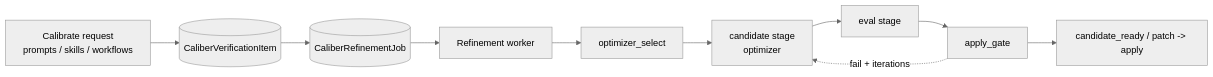
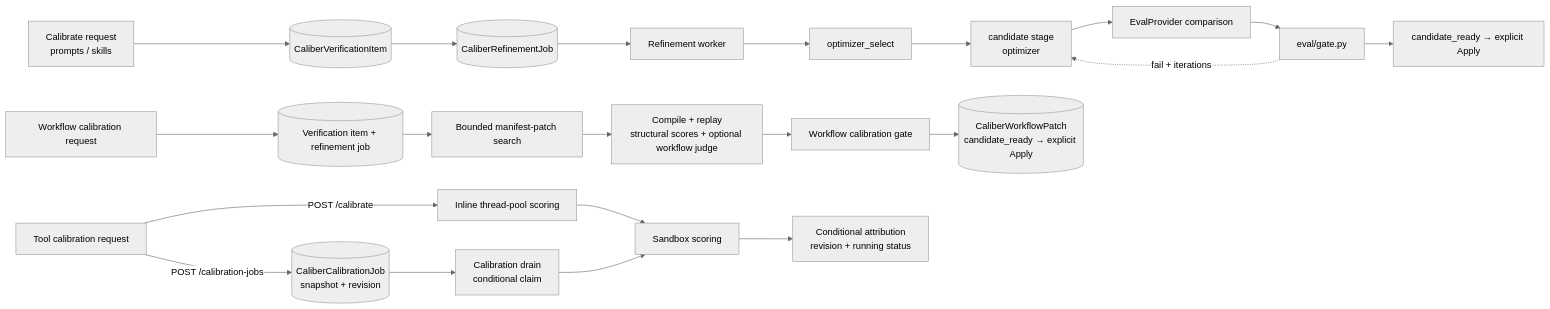
Before and after one commit to rrahimi-uci/caliber-suite: the first of 2 diagrams in docs-site/m-15-calibration.md, drawn with Mermaid (neutral theme). The commit also changed other lines of this file and 237 other files, not shown here.

````diff
--- a/docs-site/m-15-calibration.md
+++ b/docs-site/m-15-calibration.md
@@ -99,16 +103,35 @@
 ```mermaid
 flowchart LR
-    REQ[Calibrate request<br/>prompts / skills / workflows]:::ctrl
+    REQ[Calibrate request<br/>prompts / skills]:::ctrl
     VI[(CaliberVerificationItem)]:::store
     JOB[(CaliberRefinementJob)]:::store
     W[Refinement worker]:::async
     SEL[optimizer_select]:::ctrl
     CAND[candidate stage<br/>optimizer]:::ctrl
-    EVAL[eval stage]:::ctrl
-    GATE[apply_gate]:::ctrl
-    OUT[candidate_ready / patch -> apply]:::store
+    EVAL[EvalProvider comparison]:::ctrl
+    GATE[eval/gate.py]:::ctrl
+    OUT[candidate_ready → explicit Apply]:::store
 
     REQ --> VI --> JOB --> W
     W --> SEL --> CAND --> EVAL --> GATE --> OUT
     GATE -. fail + iterations .-> CAND
+
+    WREQ[Workflow calibration request]:::ctrl
+    WJOB[(Verification item + refinement job)]:::store
+    SEARCH[Bounded manifest-patch search]:::ctrl
+    REPLAY[Compile + replay<br/>structural scores + optional workflow judge]:::ctrl
+    WGATE[Workflow calibration gate]:::ctrl
+    PATCH[(CaliberWorkflowPatch<br/>candidate_ready → explicit Apply)]:::store
+
+    WREQ --> WJOB --> SEARCH --> REPLAY --> WGATE --> PATCH
+
+    TREQ[Tool calibration request]:::ctrl
+    INLINE[Inline thread-pool scoring]:::async
+    TJOB[(CaliberCalibrationJob<br/>snapshot + revision)]:::store
+    TDRAIN[Calibration drain<br/>conditional claim]:::async
+    SCORE[Sandbox scoring]:::ctrl
+    FENCE[Conditional attribution<br/>revision + running status]:::store
+
+    TREQ -->|POST /calibrate| INLINE --> SCORE
+    TREQ -->|POST /calibration-jobs| TJOB --> TDRAIN --> SCORE --> FENCE
 ```
````
